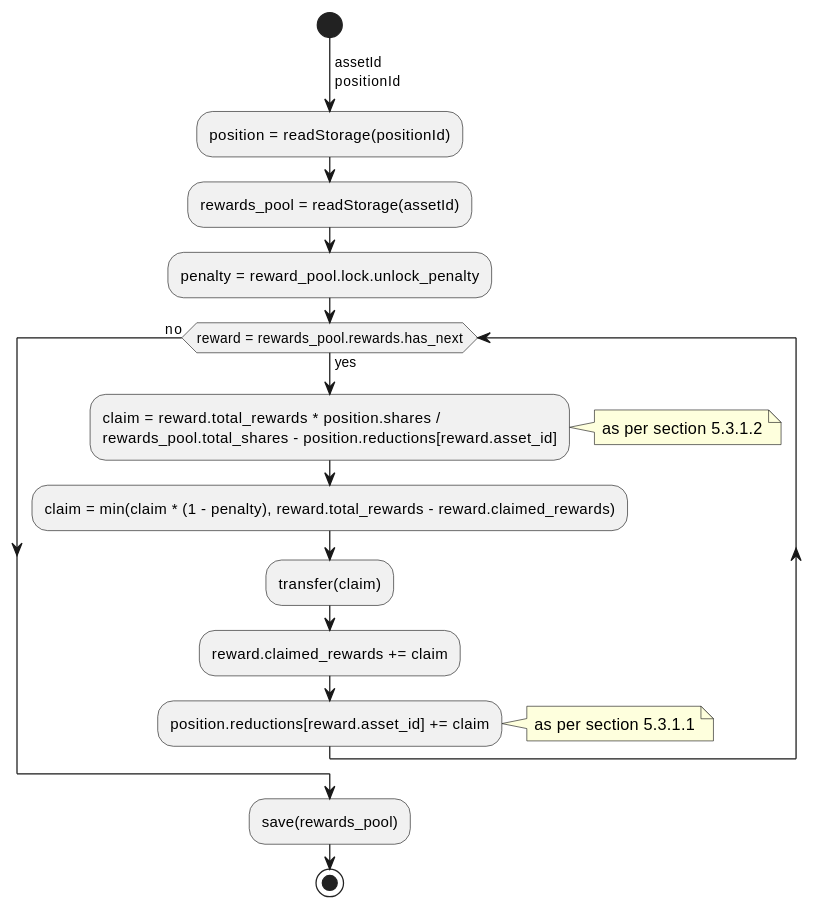
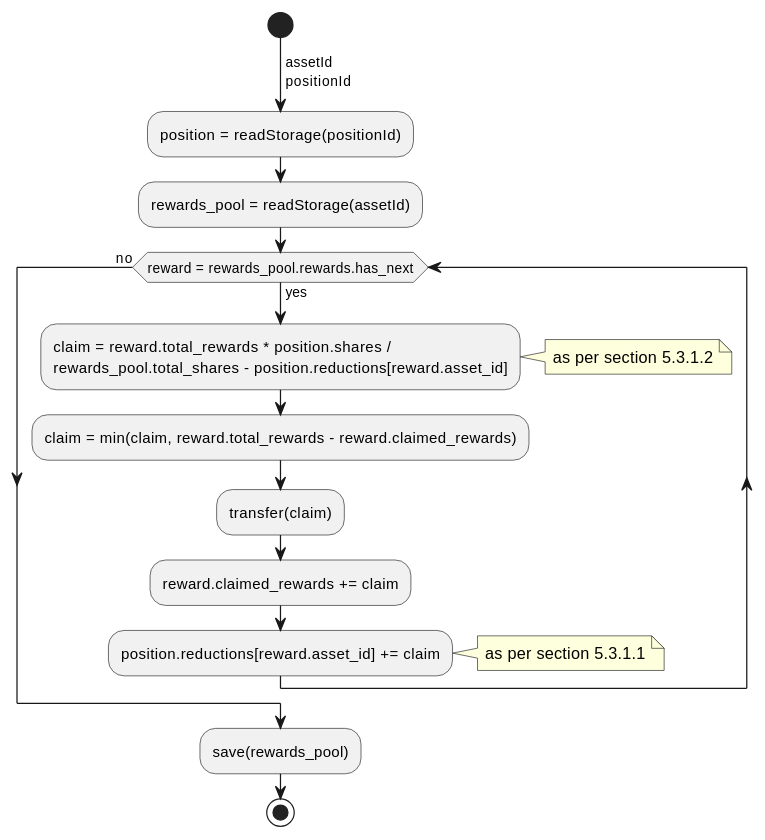
The tenth of 10 diagrams in rfcs/0005-pablo-distribution-assets/0005-pablo-distribution.adoc (ComposableFi/composable), drawn with PlantUML before and after one commit. The commit also changed 2 other files, not shown here.

Commit message:
Removed penalty from claim

```diff
--- a/rfcs/0005-pablo-distribution-assets/0005-pablo-distribution.adoc
+++ b/rfcs/0005-pablo-distribution-assets/0005-pablo-distribution.adoc
@@ -539,19 +539,18 @@
 [plantuml,images/claim,png]
 ----
 start
 ->assetId\npositionId;
 :position = readStorage(positionId);
 :rewards_pool = readStorage(assetId);
-:penalty = reward_pool.lock.unlock_penalty;
 while (reward = rewards_pool.rewards.has_next) is (yes)
     :claim = reward.total_rewards * position.shares /\nrewards_pool.total_shares - position.reductions[reward.asset_id];
     note right: as per section 5.3.1.2
-    :claim = min(claim * (1 - penalty), reward.total_rewards - reward.claimed_rewards);
+    :claim = min(claim, reward.total_rewards - reward.claimed_rewards);
     :transfer(claim);
     :reward.claimed_rewards += claim;
     :position.reductions[reward.asset_id] += claim;
     note right: as per section 5.3.1.1
 endwhile (no)
 :save(rewards_pool);
 stop
 ----
```
